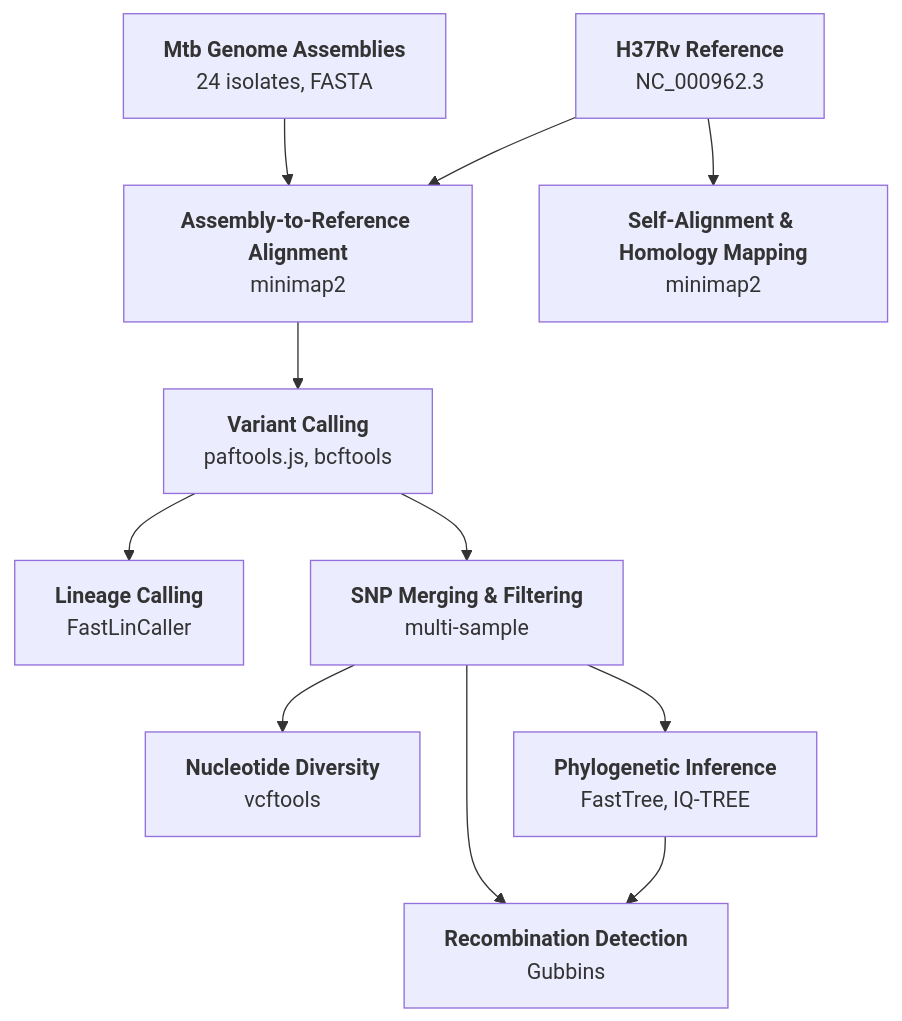
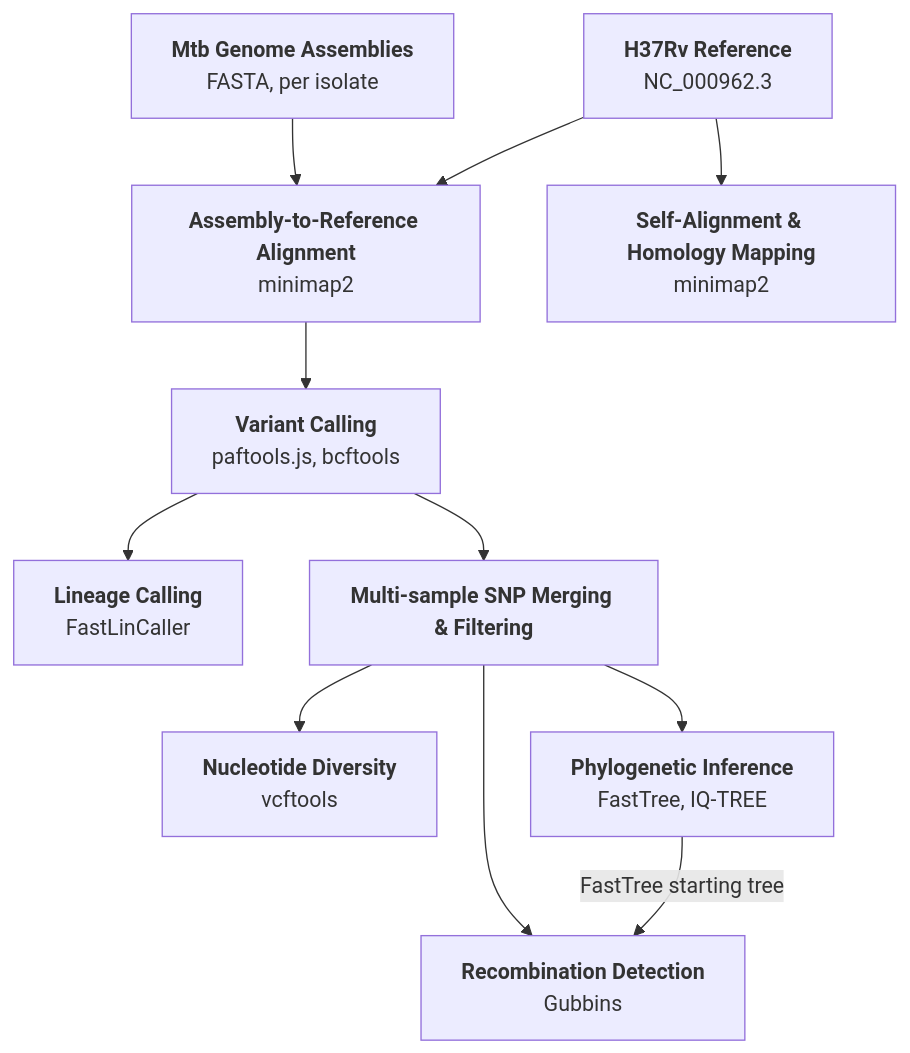
The diagram in Snakemake_Workflows/2_CoreAnalysis_SMK/README.md (maxgmarin/mtb-geneconv-manuscript), drawn with Mermaid before and after one commit. The commit also changed other lines of this file and 1 other file, not shown here.

Commit message:
Update core analysis pipeline: revised SMK rules and README with pipeline stages, outputs, and flow diagrams

````diff
--- a/Snakemake_Workflows/2_CoreAnalysis_SMK/README.md
+++ b/Snakemake_Workflows/2_CoreAnalysis_SMK/README.md
@@ -50,19 +74,18 @@
 ```mermaid
 flowchart TD
-    A["<b>Mtb Genome Assemblies</b><br/>24 isolates, FASTA"] --> B
+    A["<b>Mtb Genome Assemblies</b><br/>FASTA, per isolate"] --> B
     REF["<b>H37Rv Reference</b><br/>NC_000962.3"] --> SELF
     REF --> B
 
     SELF["<b>Self-Alignment &amp; Homology Mapping</b><br/>minimap2"]
 
     B["<b>Assembly-to-Reference Alignment</b><br/>minimap2"]
     B --> C["<b>Variant Calling</b><br/>paftools.js, bcftools"]
 
     C --> D["<b>Lineage Calling</b><br/>FastLinCaller"]
-    C --> E["<b>SNP Merging &amp; Filtering</b><br/>multi-sample"]
+    C --> E["<b>Multi-sample SNP Merging &amp; Filtering</b>"]
     E --> F["<b>Nucleotide Diversity</b><br/>vcftools"]
-
     E --> G["<b>Phylogenetic Inference</b><br/>FastTree, IQ-TREE"]
     E --> H["<b>Recombination Detection</b><br/>Gubbins"]
-    G --> H
+    G -->|FastTree starting tree| H
 ```
````
